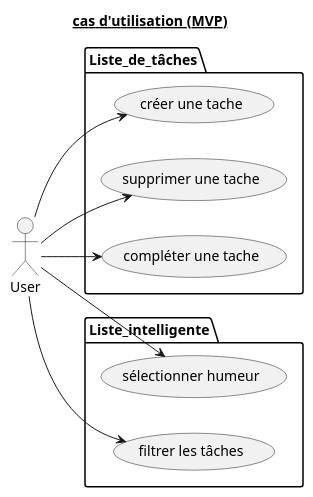
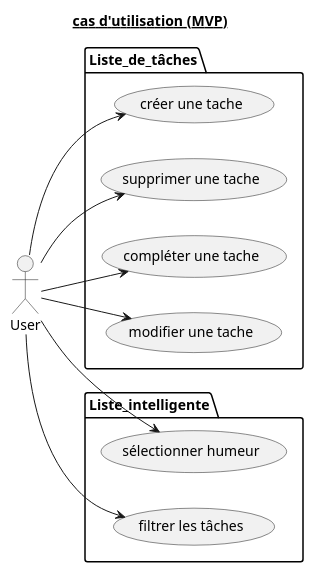
One commit to Lilianbhr/sprite-task changed the diagram in project_structure/use_cases.puml. Above: the diagram before and after it, drawn with PlantUML.

Commit message:
MAJ - use_cases

```diff
--- a/project_structure/use_cases.puml
+++ b/project_structure/use_cases.puml
@@ -1,24 +1,26 @@
 @startuml
 left to right direction
 title __cas d'utilisation (MVP)__
 
 :User: as U
 
 package Liste_de_tâches {
     (créer une tache) as new
     (supprimer une tache) as remove
     (compléter une tache) as complete
+    (modifier une tache) as modify
 }
 
 package Liste_intelligente {
     (sélectionner humeur) as select
     (filtrer les tâches) as filter
 }
 
 U --> new
 U --> remove
 U --> complete
+U --> modify
 U --> select
 U --> filter
 
 @enduml
```
